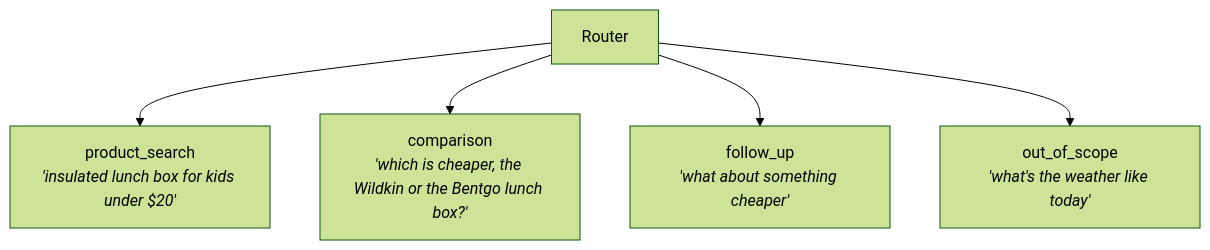
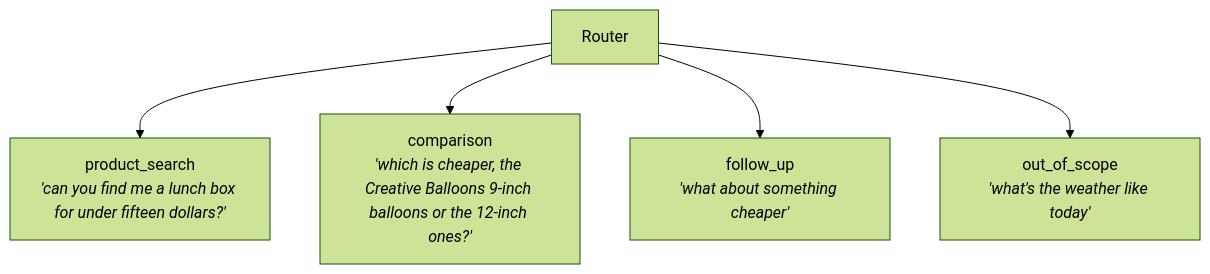
One commit to pareeyaporn/Agentic-Voice-to-Voice-AI changed the diagram in Architecture/intent_routing.mermaid. Above: the diagram before and after it, drawn with Mermaid (forest theme). The commit also changed 7 other files, not shown here.

```diff
--- a/Architecture/intent_routing.mermaid
+++ b/Architecture/intent_routing.mermaid
@@ -1,6 +1,6 @@
 flowchart TD
     R[Router]
-    R --> I1["product_search<br/><i>'insulated lunch box for kids under $20'</i>"]
-    R --> I2["comparison<br/><i>'which is cheaper, the Wildkin or the Bentgo lunch box?'</i>"]
+    R --> I1["product_search<br/><i>'can you find me a lunch box for under fifteen dollars?'</i>"]
+    R --> I2["comparison<br/><i>'which is cheaper, the Creative Balloons 9-inch balloons or the 12-inch ones?'</i>"]
     R --> I3["follow_up<br/><i>'what about something cheaper'</i>"]
     R --> I4["out_of_scope<br/><i>'what's the weather like today'</i>"]
```
